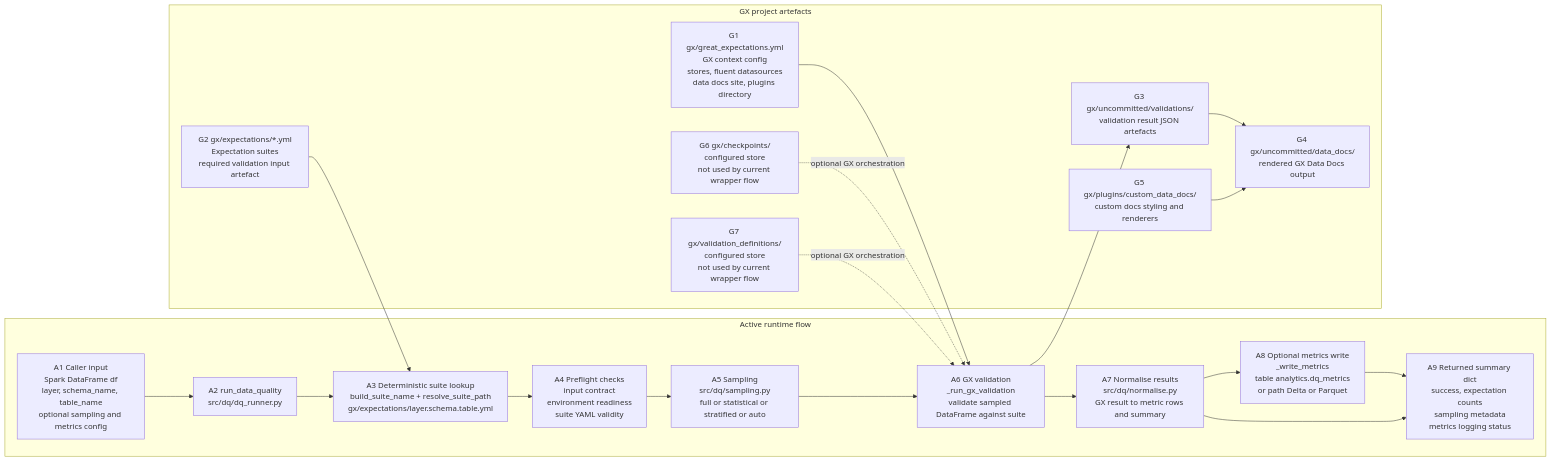
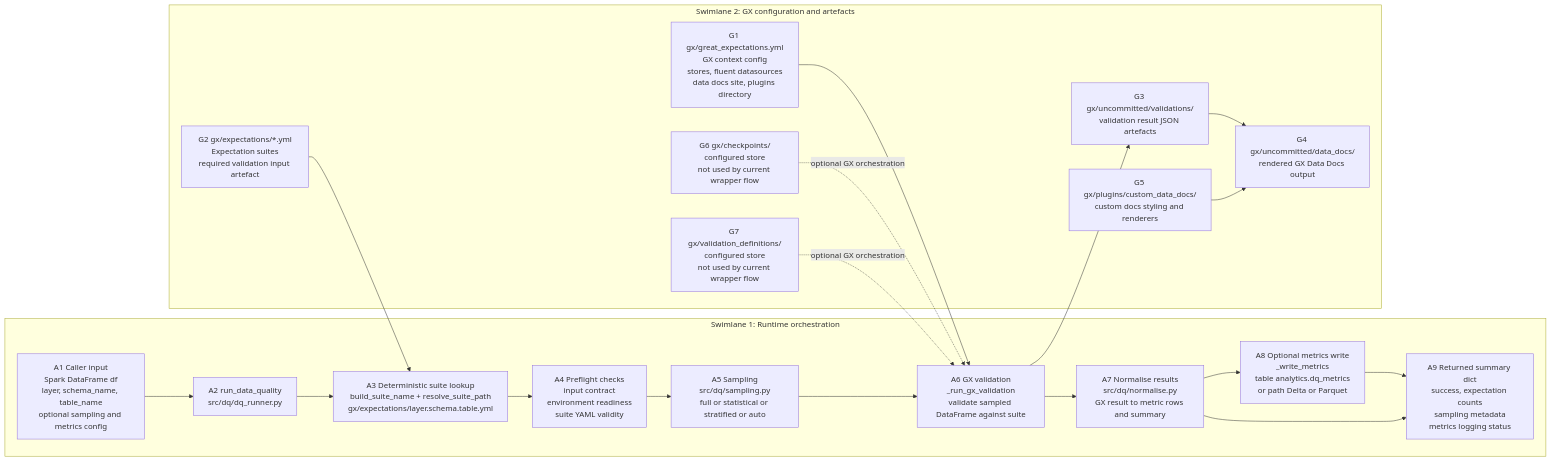
The diagram in docs/process-flow.mmd (anjurad/gx), drawn with Mermaid before and after one commit. The commit also changed 1 other file, not shown here.

Commit message:
feat: Update process flow diagrams for clarity and consistency
- ✅ Renamed "Active runtime flow" to "Swimlane 1: Runtime orchestration" for better understanding.
- ✅ Renamed "GX project artefacts" to "Swimlane 2: GX configuration and artefacts" to enhance clarity.

```diff
--- a/docs/process-flow.mmd
+++ b/docs/process-flow.mmd
@@ -1,33 +1,33 @@
 flowchart LR
-    subgraph Runtime[Active runtime flow]
+    subgraph Runtime[Swimlane 1: Runtime orchestration]
         A[A1 Caller input\nSpark DataFrame df\nlayer, schema_name, table_name\noptional sampling and metrics config]
         B[A2 run_data_quality\nsrc/dq/dq_runner.py]
         C[A3 Deterministic suite lookup\nbuild_suite_name + resolve_suite_path\ngx/expectations/layer.schema.table.yml]
         D[A4 Preflight checks\ninput contract\nenvironment readiness\nsuite YAML validity]
         E[A5 Sampling\nsrc/dq/sampling.py\nfull or statistical or stratified or auto]
         F[A6 GX validation\n_run_gx_validation\nvalidate sampled DataFrame against suite]
         G[A7 Normalise results\nsrc/dq/normalise.py\nGX result to metric rows and summary]
         H[A8 Optional metrics write\n_write_metrics\ntable analytics.dq_metrics\nor path Delta or Parquet]
         I[A9 Returned summary dict\nsuccess, expectation counts\nsampling metadata\nmetrics logging status]
 
         A --> B --> C --> D --> E --> F --> G --> H --> I
         G --> I
     end
 
-    subgraph GX[GX project artefacts]
+    subgraph GX[Swimlane 2: GX configuration and artefacts]
         J[G1 gx/great_expectations.yml\nGX context config\nstores, fluent datasources\ndata docs site, plugins directory]
         K[G2 gx/expectations/*.yml\nExpectation suites\nrequired validation input artefact]
         L[G3 gx/uncommitted/validations/\nvalidation result JSON artefacts]
         M[G4 gx/uncommitted/data_docs/\nrendered GX Data Docs output]
         N[G5 gx/plugins/custom_data_docs/\ncustom docs styling and renderers]
         O[G6 gx/checkpoints/\nconfigured store\nnot used by current wrapper flow]
         P[G7 gx/validation_definitions/\nconfigured store\nnot used by current wrapper flow]
     end
 
     J --> F
     K --> C
     F --> L
     L --> M
     N --> M
     O -. optional GX orchestration .-> F
     P -. optional GX orchestration .-> F
```
